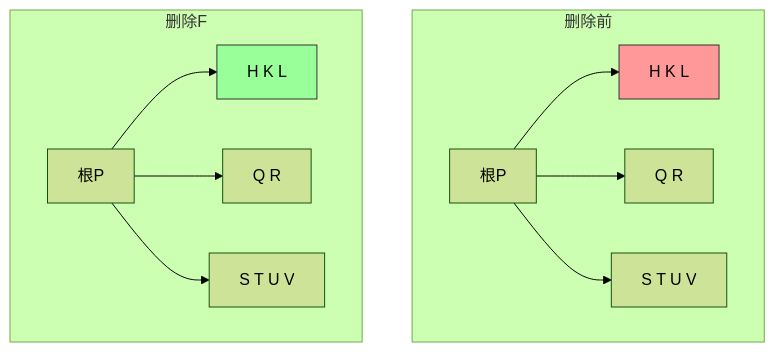
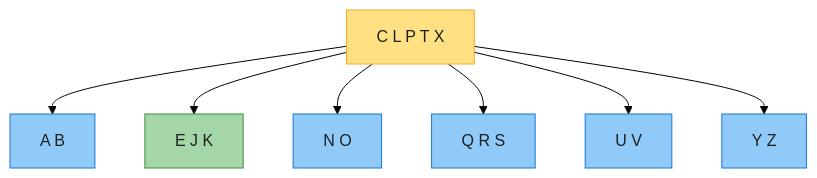
Diagram 11 of 12 in IntroductionToAlgorithms/Chapter18_B树_深度版.md (socoo123/book_reading), drawn with Mermaid (forest theme) before and after one commit. The commit also changed other lines of this file and 30 other files, not shown here.

````diff
--- a/IntroductionToAlgorithms/Chapter18_B树_深度版.md
+++ b/IntroductionToAlgorithms/Chapter18_B树_深度版.md
@@ -503,17 +412,16 @@
 ```mermaid
 graph TD
-    subgraph "删除前"
-    A["根P"] --> B["H K L"]
-    A --> C["Q R"]
-    A --> D["S T U V"]
-    end
+    R["C L P T X"] --> A["A B"]
+    R --> B["E J K"]
+    R --> C2["N O"]
+    R --> D["Q R S"]
+    R --> E["U V"]
+    R --> F["Y Z"]
 
-    subgraph "删除F"
-    A2["根P"] --> B2["H K L"]
-    A2 --> C2["Q R"]
-    A2 --> D2["S T U V"]
-    end
-
-    style B fill:#f99,stroke:#333
-    style B2 fill:#9f9,stroke:#333
+    classDef hot fill:#A5D6A7,stroke:#388E3C,color:#1f1f1f;
+    classDef plain fill:#90CAF9,stroke:#1976D2,color:#1f1f1f;
+    classDef root fill:#FFE082,stroke:#F9A825,color:#1f1f1f;
+    class R root;
+    class B hot;
+    class A,C2,D,E,F plain;
 ```
````
